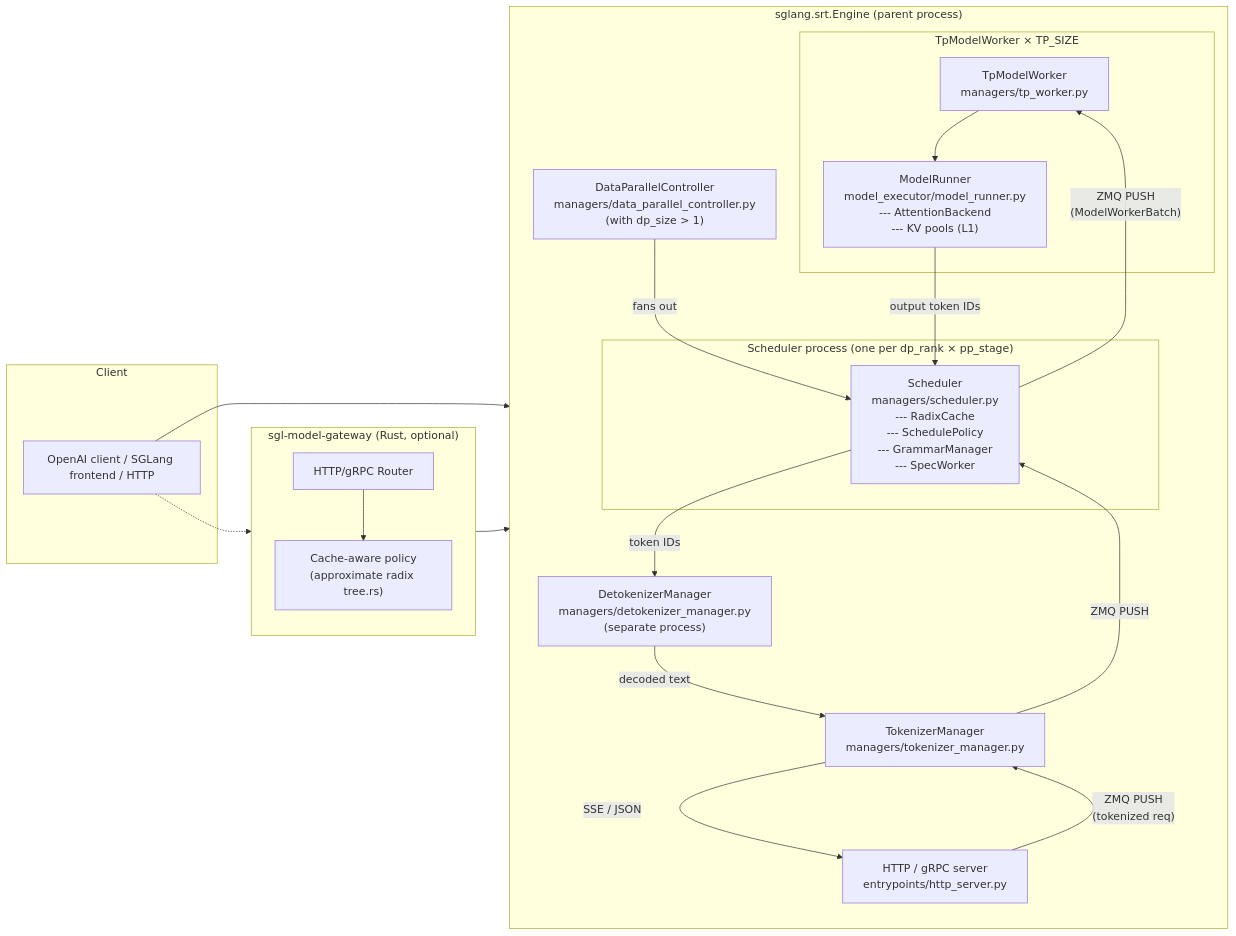
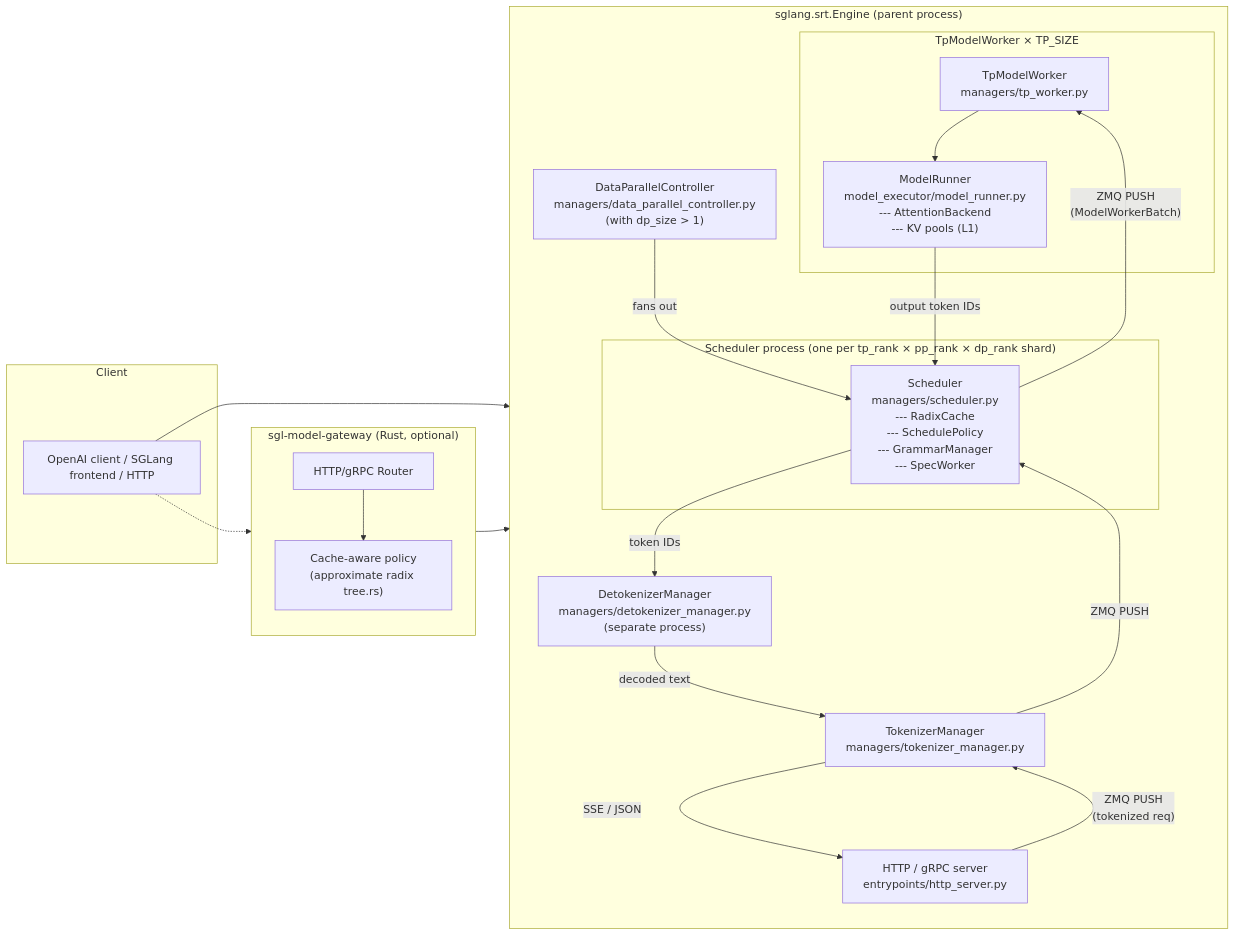
The diagram in 80-oss-deep-dives/02-sglang.md (PoyenAndyChen/llm-inference-systems), drawn with Mermaid before and after one commit. The commit also changed other lines of this file and 14 other files, not shown here.

````diff
--- a/80-oss-deep-dives/02-sglang.md
+++ b/80-oss-deep-dives/02-sglang.md
@@ -58,43 +58,43 @@
 ```mermaid
 flowchart LR
     subgraph Client
         U[OpenAI client / SGLang frontend / HTTP]
     end
 
     subgraph Gateway["sgl-model-gateway (Rust, optional)"]
         RT[HTTP/gRPC Router]
         POL["Cache-aware policy\n(approximate radix tree.rs)"]
         RT --> POL
     end
 
     subgraph Engine["sglang.srt.Engine (parent process)"]
         direction TB
         HTTP["HTTP / gRPC server\nentrypoints/http_server.py"]
         TM["TokenizerManager\nmanagers/tokenizer_manager.py"]
         DTM["DetokenizerManager\nmanagers/detokenizer_manager.py\n(separate process)"]
         DPC["DataParallelController\nmanagers/data_parallel_controller.py\n(with dp_size > 1)"]
 
-        subgraph SchedulerProc["Scheduler process (one per dp_rank × pp_stage)"]
+        subgraph SchedulerProc["Scheduler process (one per tp_rank × pp_rank × dp_rank shard)"]
             SCH["Scheduler\nmanagers/scheduler.py\n--- RadixCache\n--- SchedulePolicy\n--- GrammarManager\n--- SpecWorker"]
         end
 
         subgraph Workers["TpModelWorker × TP_SIZE"]
             TPW["TpModelWorker\nmanagers/tp_worker.py"]
             MR["ModelRunner\nmodel_executor/model_runner.py\n--- AttentionBackend\n--- KV pools (L1)"]
             TPW --> MR
         end
 
         HTTP -->|"ZMQ PUSH\n(tokenized req)"| TM
         TM -->|"ZMQ PUSH"| SCH
         DPC -->|"fans out"| SCH
         SCH -->|"ZMQ PUSH\n(ModelWorkerBatch)"| TPW
         MR -->|"output token IDs"| SCH
         SCH -->|"token IDs"| DTM
         DTM -->|"decoded text"| TM
         TM -->|"SSE / JSON"| HTTP
     end
 
     U --> HTTP
     U -.-> Gateway
     Gateway --> HTTP
 ```
````
